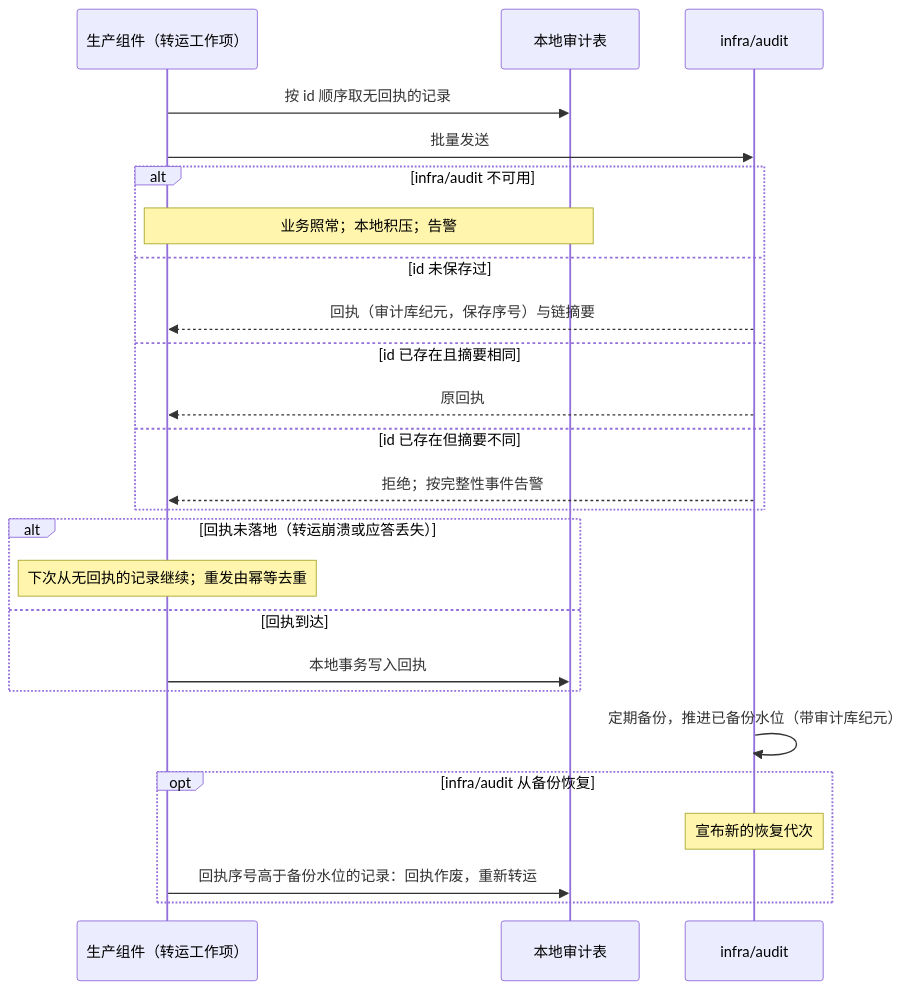
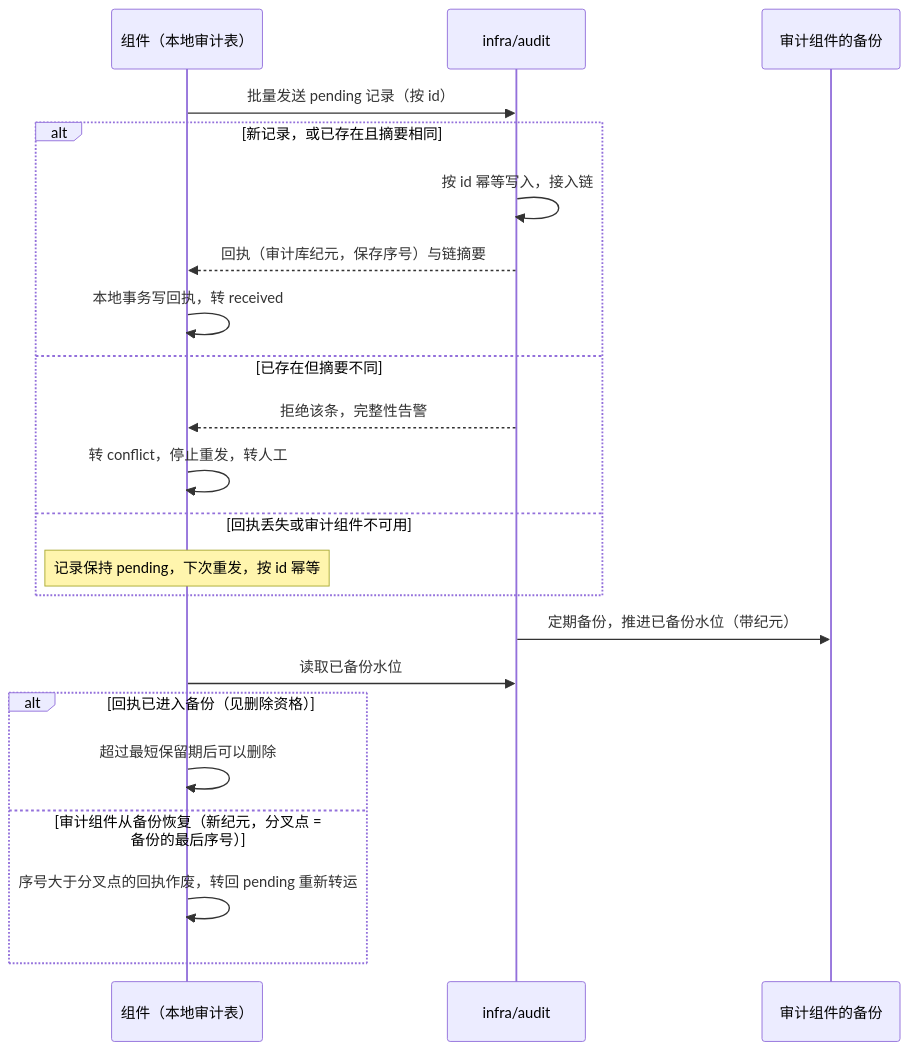
Before and after one commit to brickKit/be-assembly-standard: the diagram in tempDocs/final/06-protocols/03-audit-durability.md, drawn with Mermaid. The commit also changed other lines of this file and 14 other files, not shown here.

````diff
--- a/tempDocs/final/06-protocols/03-audit-durability.md
+++ b/tempDocs/final/06-protocols/03-audit-durability.md
@@ -78,27 +78,24 @@
 ```mermaid
 sequenceDiagram
-    participant P as 生产组件（转运工作项）
-    participant L as 本地审计表
+    participant P as 组件（本地审计表）
     participant A as infra/audit
-    P->>L: 按 id 顺序取无回执的记录
-    P->>A: 批量发送
-    alt infra/audit 不可用
-        Note over P,L: 业务照常；本地积压；告警
-    else id 未保存过
+    participant B as 审计组件的备份
+    P->>A: 批量发送 pending 记录（按 id）
+    alt 新记录，或已存在且摘要相同
+        A->>A: 按 id 幂等写入，接入链
         A-->>P: 回执（审计库纪元，保存序号）与链摘要
-    else id 已存在且摘要相同
-        A-->>P: 原回执
-    else id 已存在但摘要不同
-        A-->>P: 拒绝；按完整性事件告警
+        P->>P: 本地事务写回执，转 received
+    else 已存在但摘要不同
+        A-->>P: 拒绝该条，完整性告警
+        P->>P: 转 conflict，停止重发，转人工
+    else 回执丢失或审计组件不可用
+        Note over P: 记录保持 pending，下次重发，按 id 幂等
     end
-    alt 回执未落地（转运崩溃或应答丢失）
-        Note over P: 下次从无回执的记录继续；重发由幂等去重
-    else 回执到达
-        P->>L: 本地事务写入回执
-    end
-    A->>A: 定期备份，推进已备份水位（带审计库纪元）
-    opt infra/audit 从备份恢复
-        Note over A: 宣布新的恢复代次
-        P->>L: 回执序号高于备份水位的记录：回执作废，重新转运
+    A->>B: 定期备份，推进已备份水位（带纪元）
+    P->>A: 读取已备份水位
+    alt 回执已进入备份（见删除资格）
+        P->>P: 超过最短保留期后可以删除
+    else 审计组件从备份恢复（新纪元，分叉点 = 备份的最后序号）
+        P->>P: 序号大于分叉点的回执作废，转回 pending 重新转运
     end
 ```
````
